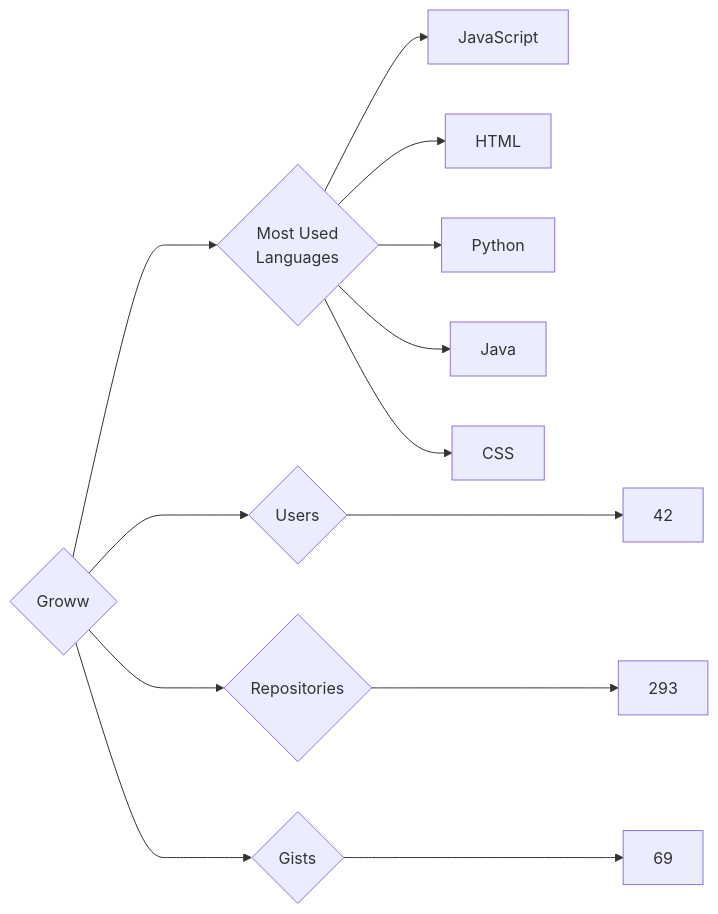
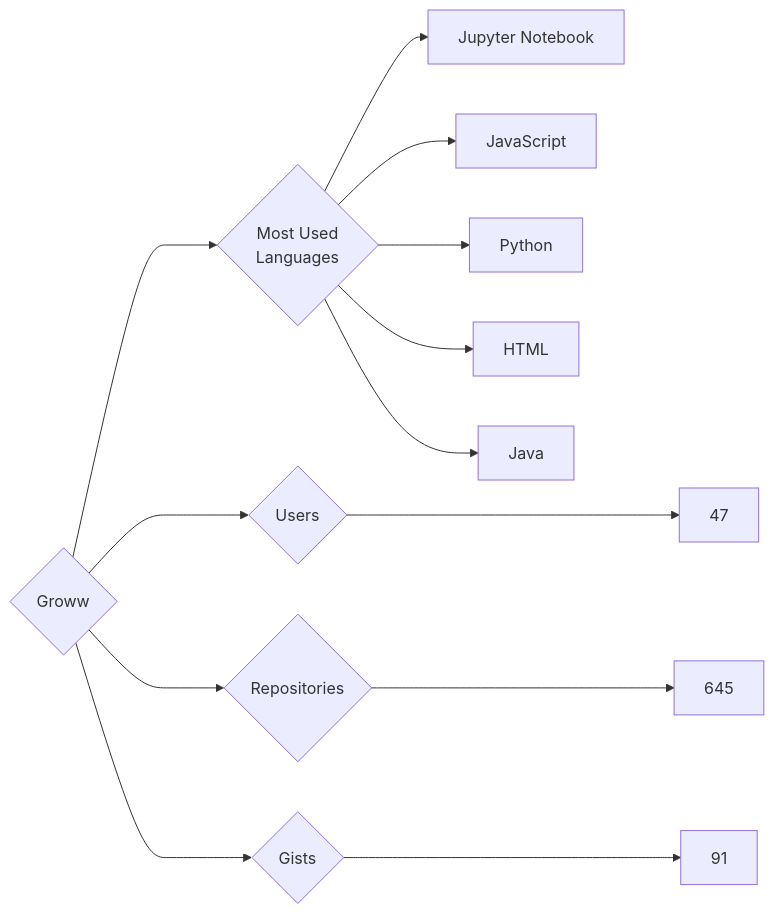
One commit to trickest/insiders changed the diagram in targets/Groww/README.md. Above: the diagram before and after it, drawn with Mermaid. The commit also changed 934 other files, not shown here.

````diff
--- a/targets/Groww/README.md
+++ b/targets/Groww/README.md
@@ -3,13 +3,13 @@
 ```mermaid
 graph LR
 COMPANY_NAME{Groww}
-COMPANY_NAME ---> U{Users} ---> UN[42]
-COMPANY_NAME ---> R{Repositories} ---> RN[293]
-COMPANY_NAME ---> G{Gists} ---> GN[69]
+COMPANY_NAME ---> U{Users} ---> UN[47]
+COMPANY_NAME ---> R{Repositories} ---> RN[645]
+COMPANY_NAME ---> G{Gists} ---> GN[91]
 COMPANY_NAME ---> ML{Most Used<br>Languages}
+ML --> Jupyter_Notebook[Jupyter Notebook]
 ML --> JavaScript[JavaScript]
+ML --> Python[Python]
 ML --> HTML[HTML]
-ML --> Python[Python]
 ML --> Java[Java]
-ML --> CSS[CSS]
 ```
````
